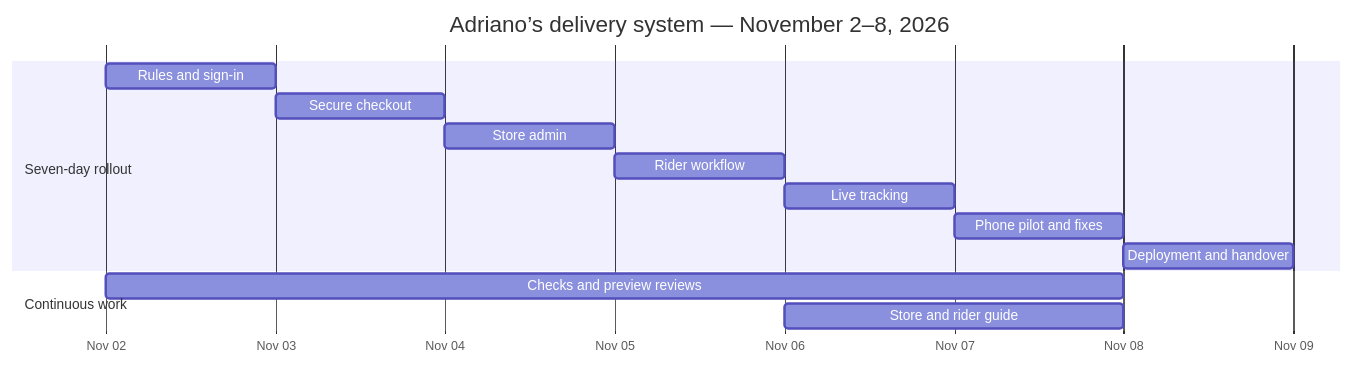
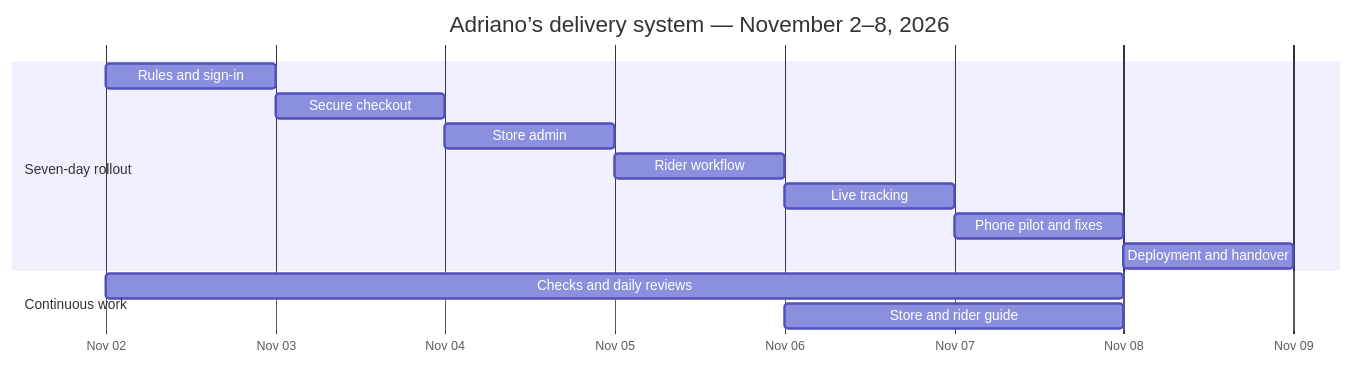
Before and after one commit to adrianoscoffee123-cpu/AdrianosDelivers: the diagram in PROJECT_GANTT.mmd, drawn with Mermaid. The commit also changed 7 other files, not shown here.

```diff
--- a/PROJECT_GANTT.mmd
+++ b/PROJECT_GANTT.mmd
@@ -1,17 +1,17 @@
 gantt
     title Adriano’s delivery system — November 2–8, 2026
     dateFormat YYYY-MM-DD
     axisFormat %b %d
     tickInterval 1day
     todayMarker off
     section Seven-day rollout
     Rules and sign-in :d1, 2026-11-02, 1d
     Secure checkout :d2, 2026-11-03, 1d
     Store admin :d3, 2026-11-04, 1d
     Rider workflow :d4, 2026-11-05, 1d
     Live tracking :d5, 2026-11-06, 1d
     Phone pilot and fixes :d6, 2026-11-07, 1d
     Deployment and handover :d7, 2026-11-08, 1d
     section Continuous work
-    Checks and preview reviews :checks, 2026-11-02, 6d
+    Checks and daily reviews :checks, 2026-11-02, 6d
     Store and rider guide :guide, 2026-11-06, 2d
```
